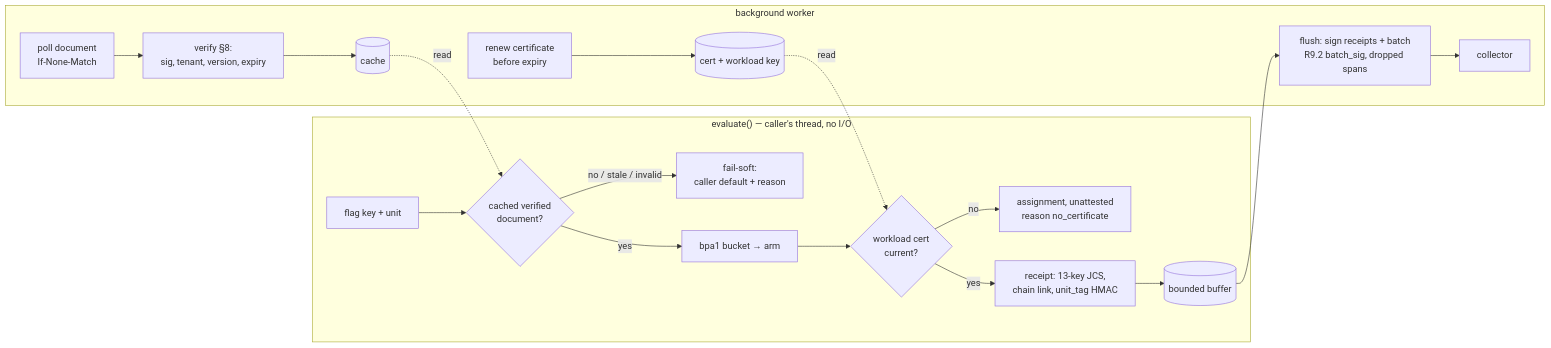
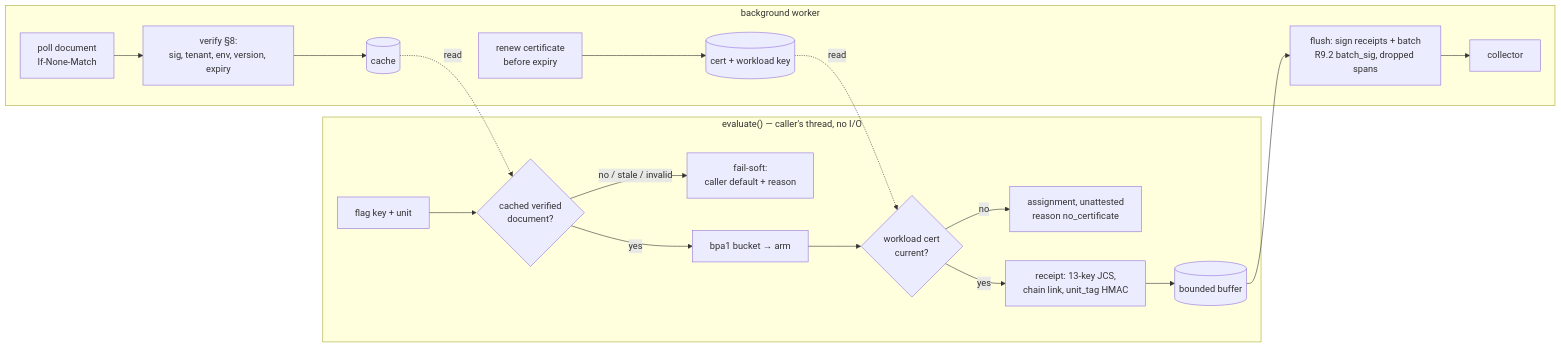
Before and after one commit to zer07labs/seam-branchpoint: the diagram in docs/sdk/overview.md, drawn with Mermaid. The commit also changed 41 other files, not shown here.

````diff
--- a/docs/sdk/overview.md
+++ b/docs/sdk/overview.md
@@ -14,21 +14,21 @@
 ```mermaid
 flowchart LR
   subgraph hot["evaluate() — caller's thread, no I/O"]
     A[flag key + unit] --> B{cached verified<br/>document?}
     B -- no / stale / invalid --> F[fail-soft:<br/>caller default + reason]
     B -- yes --> C[bpa1 bucket → arm]
     C --> D{workload cert<br/>current?}
     D -- no --> E[assignment, unattested<br/>reason no_certificate]
     D -- yes --> G[receipt: 13-key JCS,<br/>chain link, unit_tag HMAC]
     G --> H[(bounded buffer)]
   end
   subgraph bg["background worker"]
-    P[poll document<br/>If-None-Match] --> V[verify §8:<br/>sig, tenant, version, expiry]
+    P[poll document<br/>If-None-Match] --> V[verify §8:<br/>sig, tenant, env, version, expiry]
     V --> K[(cache)]
     R[renew certificate<br/>before expiry] --> Q[(cert + workload key)]
     H --> S[flush: sign receipts + batch<br/>R9.2 batch_sig, dropped spans]
     S --> U[collector]
   end
   K -.read.-> B
   Q -.read.-> D
 ```
````
